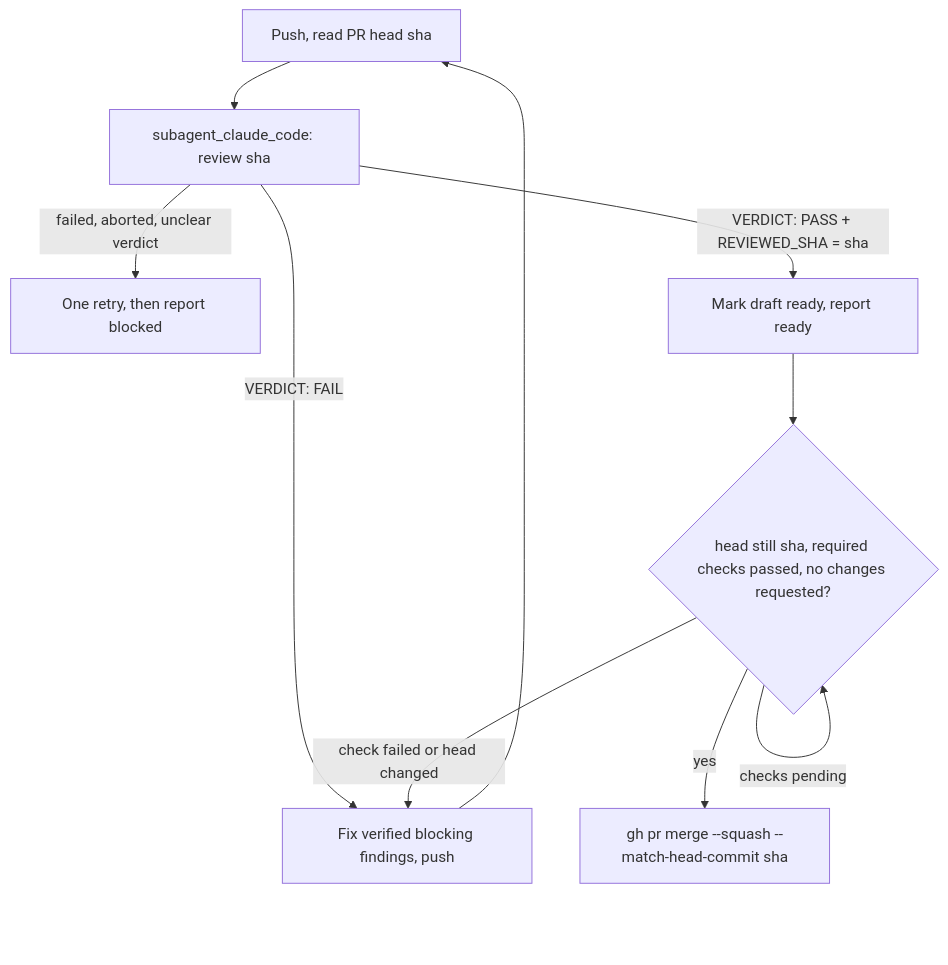
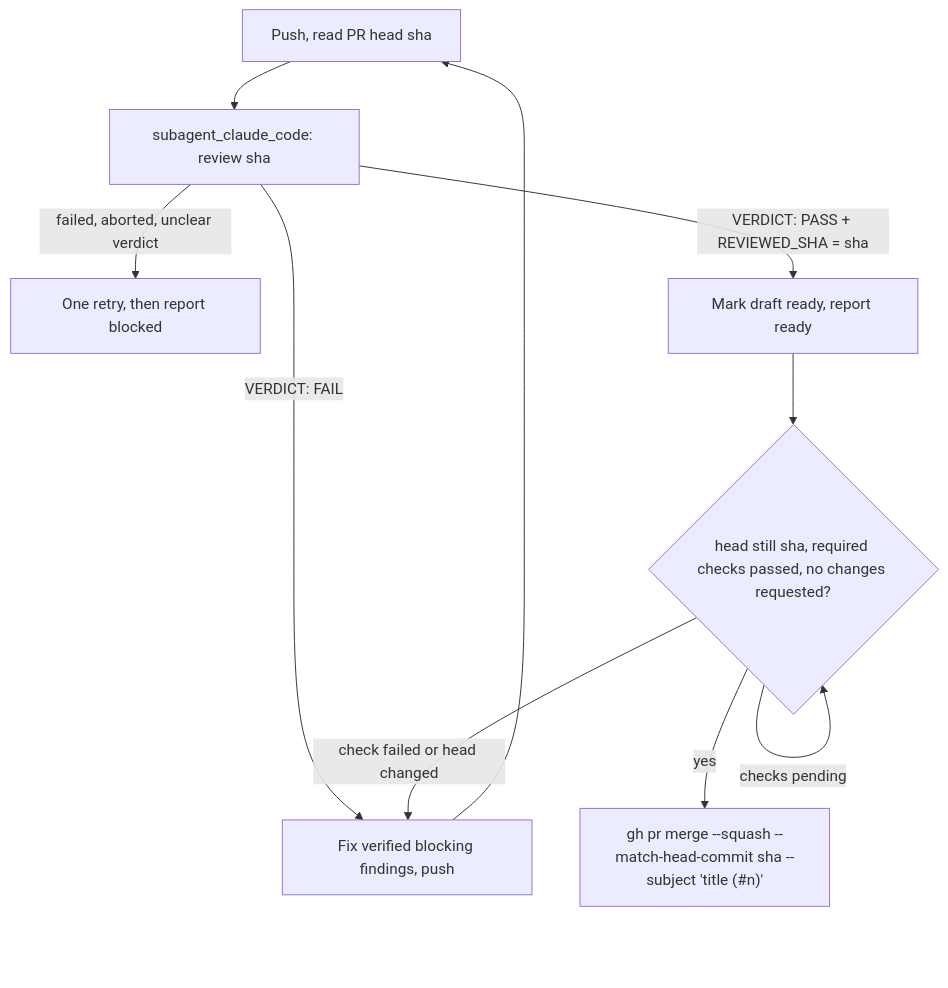
One commit to ForkbombEu/superagent changed the diagram in README.md. Above: the diagram before and after it, drawn with Mermaid. The commit also changed other lines of this file and 1 other file, not shown here.

````diff
--- a/README.md
+++ b/README.md
@@ -125,12 +125,12 @@
 ```mermaid
 flowchart TD
   A[Push, read PR head sha] --> B[subagent_claude_code: review sha]
   B -->|VERDICT: FAIL| C[Fix verified blocking findings, push]
   C --> A
   B -->|failed, aborted, unclear verdict| D[One retry, then report blocked]
   B -->|VERDICT: PASS + REVIEWED_SHA = sha| E[Mark draft ready, report ready]
   E --> F{head still sha, required checks passed, no changes requested?}
   F -->|checks pending| F
   F -->|check failed or head changed| C
-  F -->|yes| G["gh pr merge --squash --match-head-commit sha"]
+  F -->|yes| G["gh pr merge --squash --match-head-commit sha --subject 'title (#n)'"]
 ```
````
